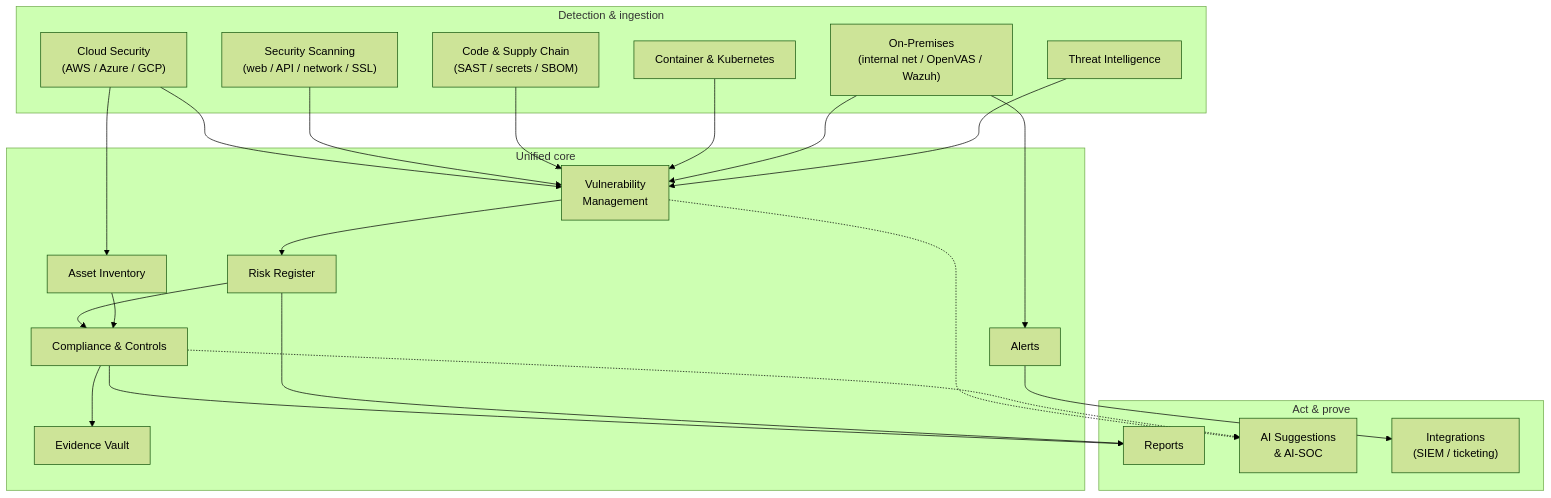
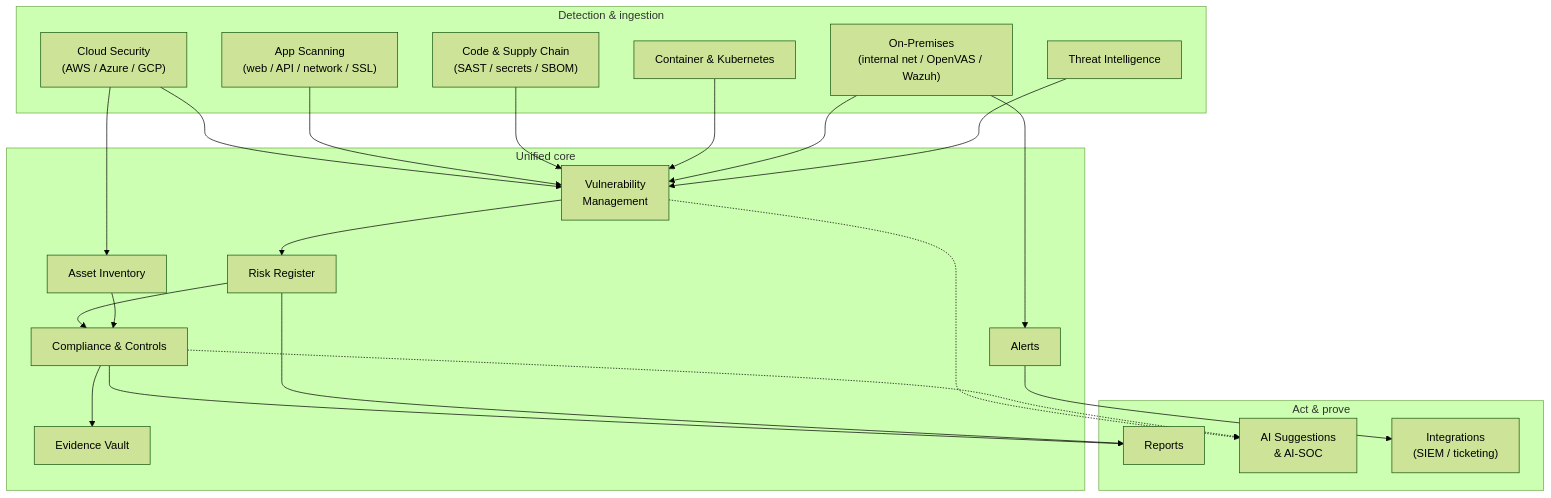
The diagram in docs/introduction/platform-at-a-glance.md (niteshsaini/offloadsecurity-docs), drawn with Mermaid (forest theme) before and after one commit. The commit also changed other lines of this file and 18 other files, not shown here.

````diff
--- a/docs/introduction/platform-at-a-glance.md
+++ b/docs/introduction/platform-at-a-glance.md
@@ -13,40 +13,40 @@
 ```mermaid
 flowchart TB
     subgraph Sources["Detection & ingestion"]
         CL["Cloud Security<br/>(AWS / Azure / GCP)"]
-        SC["Security Scanning<br/>(web / API / network / SSL)"]
+        SC["App Scanning<br/>(web / API / network / SSL)"]
         CODE["Code & Supply Chain<br/>(SAST / secrets / SBOM)"]
         CN["Container & Kubernetes"]
         ONP["On-Premises<br/>(internal net / OpenVAS / Wazuh)"]
         TI["Threat Intelligence"]
     end
 
     subgraph Core["Unified core"]
         VM["Vulnerability<br/>Management"]
         ASSET["Asset Inventory"]
         RISK["Risk Register"]
         COMP["Compliance & Controls"]
         EVID["Evidence Vault"]
         ALERT["Alerts"]
     end
 
     subgraph Outcomes["Act & prove"]
         REP["Reports"]
         AI["AI Suggestions<br/>& AI-SOC"]
         INT["Integrations<br/>(SIEM / ticketing)"]
     end
 
     CL --> VM & ASSET
     SC --> VM
     CODE --> VM
     CN --> VM
     ONP --> VM & ALERT
     TI --> VM
     VM --> RISK --> COMP --> EVID
     ASSET --> COMP
     ALERT --> INT
     COMP --> REP
     RISK --> REP
     VM -.-> AI
     COMP -.-> AI
 ```
````
